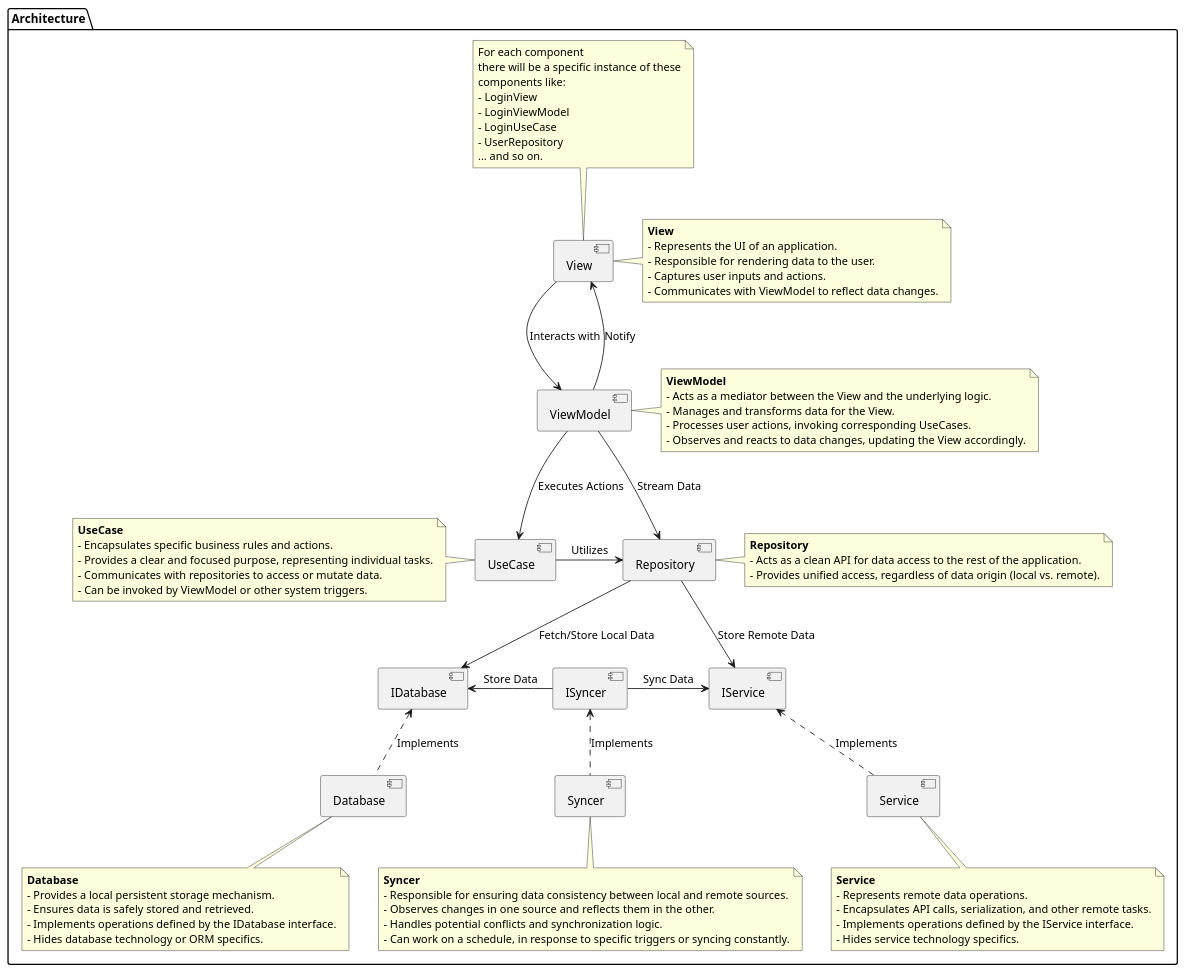
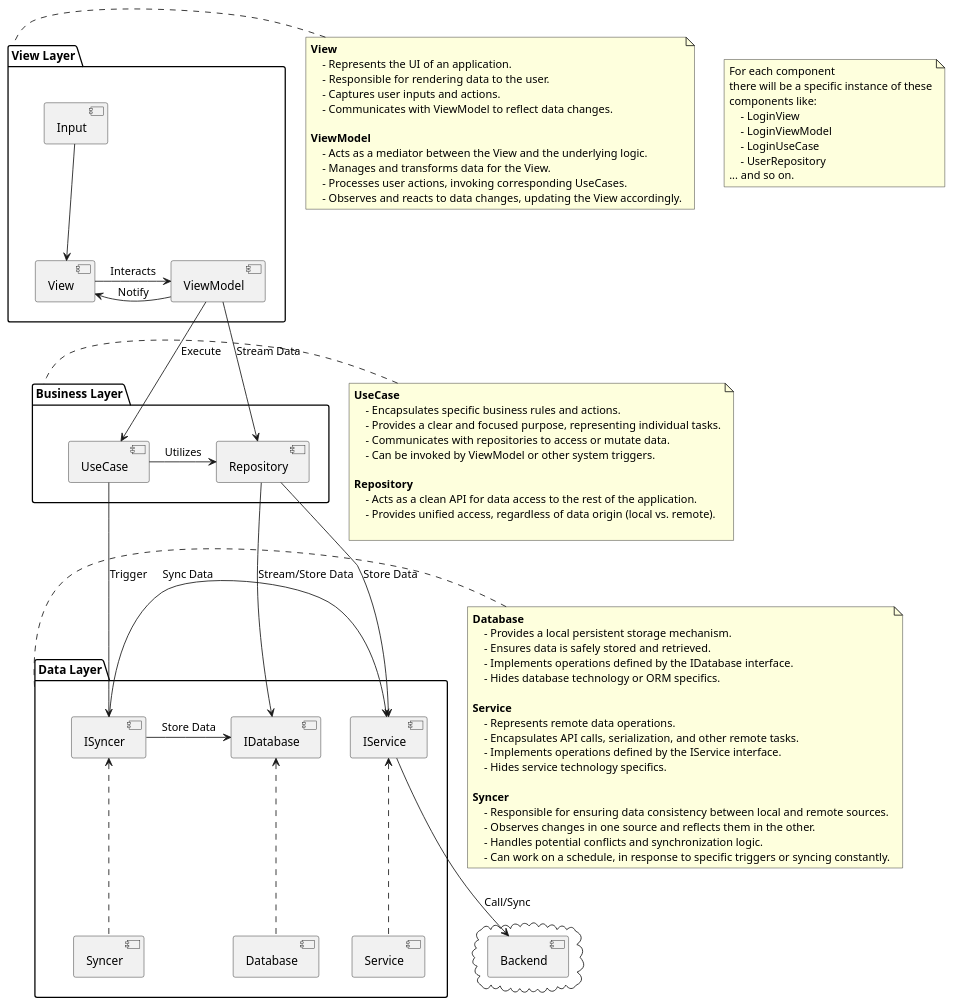
One commit to Dylar/PantryPlanner changed the diagram in app/component_diagram.puml. Above: the diagram before and after it, drawn with PlantUML. The commit also changed 29 other files, not shown here.

```diff
--- a/app/component_diagram.puml
+++ b/app/component_diagram.puml
@@ -1,96 +1,90 @@
 @startuml
 
-package "Architecture" {
-
-  [View]
-  [ViewModel]
-  [UseCase]
-  [Repository]
-  [IDatabase]
-  [Database]
-  [IService]
-  [Service]
-  [ISyncer]
-  [Syncer]
-
-  [View] -down-> [ViewModel] : Interacts with
-  [ViewModel] -up-> [View] : Notify
-  [ViewModel] -down-> [UseCase] : Executes Actions
-  [ViewModel] -down-> [Repository] : Stream Data
-  [UseCase] -right-> [Repository] : Utilizes
-  [Repository] -down-> [IDatabase] : Fetch/Store Local Data
-  [Repository] -down-> [IService] : Store Remote Data
-  [IDatabase] <.down. [Database] : Implements
-  [IService] <.down. [Service] : Implements
-  [ISyncer] <.down. [Syncer] : Implements
-  [ISyncer] -left-> [IDatabase] : Store Data
-  [ISyncer] -right-> [IService] : Sync Data
-
-  note top of View
+note as TopNote
     For each component
     there will be a specific instance of these
     components like:
-    - LoginView
-    - LoginViewModel
-    - LoginUseCase
-    - UserRepository
+        - LoginView
+        - LoginViewModel
+        - LoginUseCase
+        - UserRepository
     ... and so on.
-  end note
+end note
 
-  note right of View
-    **View**
-    - Represents the UI of an application.
-    - Responsible for rendering data to the user.
-    - Captures user inputs and actions.
-    - Communicates with ViewModel to reflect data changes.
-  end note
-
-  note right of ViewModel
-    **ViewModel**
-    - Acts as a mediator between the View and the underlying logic.
-    - Manages and transforms data for the View.
-    - Processes user actions, invoking corresponding UseCases.
-    - Observes and reacts to data changes, updating the View accordingly.
-  end note
-
-  note left of UseCase
-    **UseCase**
-    - Encapsulates specific business rules and actions.
-    - Provides a clear and focused purpose, representing individual tasks.
-    - Communicates with repositories to access or mutate data.
-    - Can be invoked by ViewModel or other system triggers.
-  end note
-
-  note right of Repository
-    **Repository**
-    - Acts as a clean API for data access to the rest of the application.
-    - Provides unified access, regardless of data origin (local vs. remote).
-  end note
-
-  note bottom of Database
-    **Database**
-    - Provides a local persistent storage mechanism.
-    - Ensures data is safely stored and retrieved.
-    - Implements operations defined by the IDatabase interface.
-    - Hides database technology or ORM specifics.
-  end note
-
-  note bottom of Service
-    **Service**
-    - Represents remote data operations.
-    - Encapsulates API calls, serialization, and other remote tasks.
-    - Implements operations defined by the IService interface.
-    - Hides service technology specifics.
-  end note
-
-  note bottom of Syncer
-    **Syncer**
-    - Responsible for ensuring data consistency between local and remote sources.
-    - Observes changes in one source and reflects them in the other.
-    - Handles potential conflicts and synchronization logic.
-    - Can work on a schedule, in response to specific triggers or syncing constantly.
-  end note
-
+package "View Layer" {
+  [Input] -down-> [View]
+  [View] -right-> [ViewModel] : Interacts
+  [ViewModel] -left-> [View] : Notify
 }
 
+note left of "View Layer"
+    **View**
+        - Represents the UI of an application.
+        - Responsible for rendering data to the user.
+        - Captures user inputs and actions.
+        - Communicates with ViewModel to reflect data changes.
+
+    **ViewModel**
+        - Acts as a mediator between the View and the underlying logic.
+        - Manages and transforms data for the View.
+        - Processes user actions, invoking corresponding UseCases.
+        - Observes and reacts to data changes, updating the View accordingly.
+end note
+
+package "Business Layer" {
+  [ViewModel] -down-> [UseCase] : Execute
+  [ViewModel] -down-> [Repository] : Stream Data
+  [UseCase] -right-> [Repository] : Utilizes
+}
+
+note left of "Business Layer"
+    **UseCase**
+        - Encapsulates specific business rules and actions.
+        - Provides a clear and focused purpose, representing individual tasks.
+        - Communicates with repositories to access or mutate data.
+        - Can be invoked by ViewModel or other system triggers.
+
+    **Repository**
+        - Acts as a clean API for data access to the rest of the application.
+        - Provides unified access, regardless of data origin (local vs. remote).
+
+end note
+
+
+package "Data Layer" {
+  [UseCase] -down-> [ISyncer] : Trigger
+  [Repository] -down-> [IDatabase] : Stream/Store Data
+  [Repository] -down-> [IService] : Store Data
+  [Database] .up.> [IDatabase]
+  [Service] .up.> [IService]
+  [Syncer] .up.> [ISyncer]
+  [ISyncer] -right-> [IDatabase] : Store Data
+  [ISyncer] -right-> [IService] : Sync Data
+}
+
+cloud {
+   [IService] -down-> [Backend]: Call/Sync
+}
+
+note left of "Data Layer"
+    **Database**
+        - Provides a local persistent storage mechanism.
+        - Ensures data is safely stored and retrieved.
+        - Implements operations defined by the IDatabase interface.
+        - Hides database technology or ORM specifics.
+
+    **Service**
+        - Represents remote data operations.
+        - Encapsulates API calls, serialization, and other remote tasks.
+        - Implements operations defined by the IService interface.
+        - Hides service technology specifics.
+
+    **Syncer**
+        - Responsible for ensuring data consistency between local and remote sources.
+        - Observes changes in one source and reflects them in the other.
+        - Handles potential conflicts and synchronization logic.
+        - Can work on a schedule, in response to specific triggers or syncing constantly.
+end note
+
+
 @enduml
```
